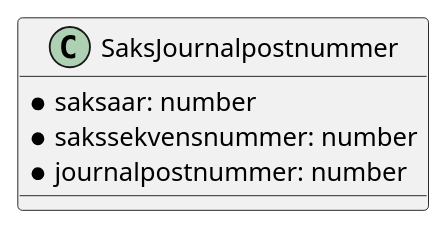
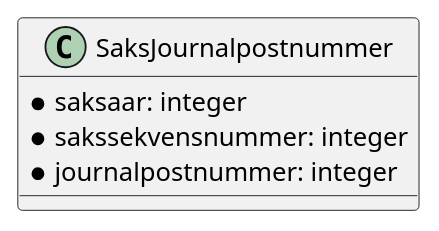
The diagram in Dokumentasjon/V1/ClassDiagrams/no.ks.fiks.saksfaser.v1.felles.saksjournalpostnummer/classdiagram.pu (ks-no/fiks-saksfaser-specification), drawn with PlantUML before and after one commit. The commit also changed 29 other files, not shown here.

Commit message:
Endret fra number til integer

```diff
--- a/Dokumentasjon/V1/ClassDiagrams/no.ks.fiks.saksfaser.v1.felles.saksjournalpostnummer/classdiagram.pu
+++ b/Dokumentasjon/V1/ClassDiagrams/no.ks.fiks.saksfaser.v1.felles.saksjournalpostnummer/classdiagram.pu
@@ -1,9 +1,9 @@
 @startuml
 
 class SaksJournalpostnummer {
-    *saksaar: number
-    *sakssekvensnummer: number
-    *journalpostnummer: number
+    *saksaar: integer
+    *sakssekvensnummer: integer
+    *journalpostnummer: integer
 }
 
 @enduml
```
